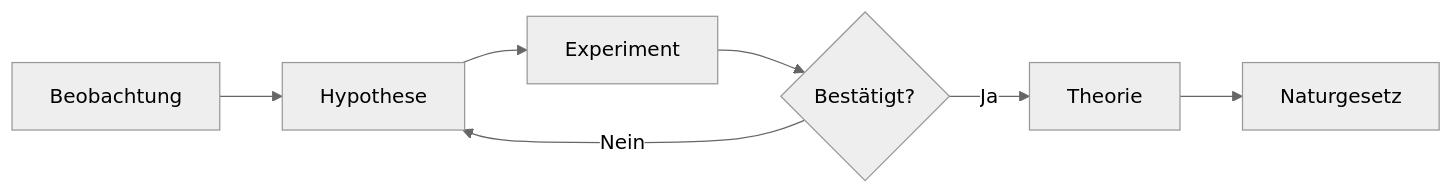
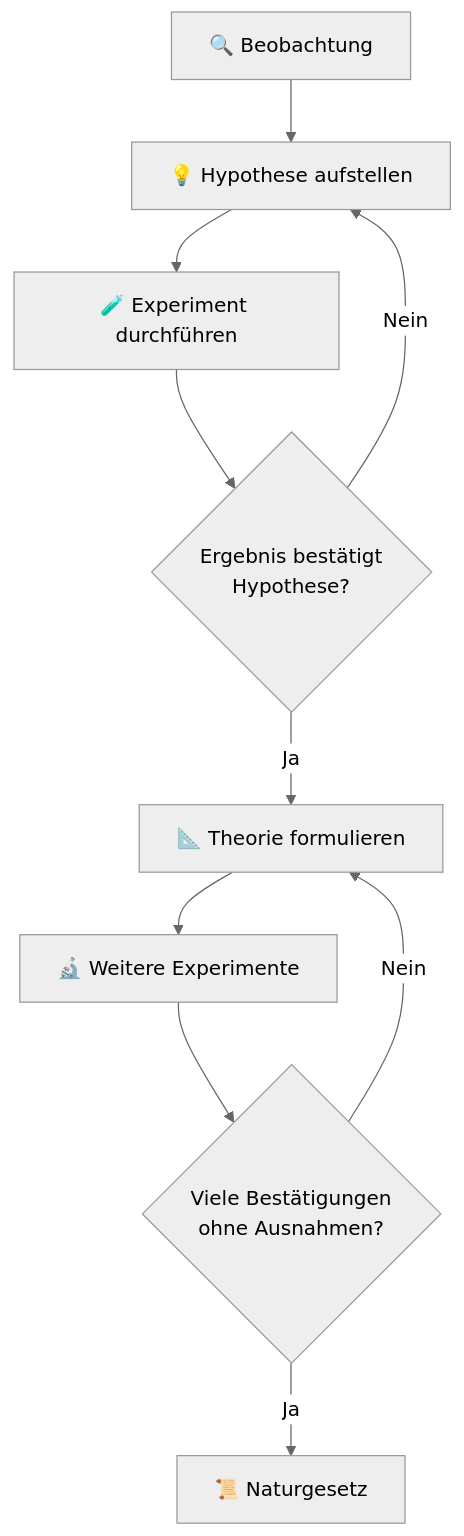
Before and after one commit to rrust/ew-bachelor: the diagram in content/bsc-ernaehrungswissenschaften/02-chemie-grundlagen/01-materie-messen/lecture-items/02-wissenschaftliche-methode.md, drawn with Mermaid (neutral theme). The commit also changed other lines of this file and 154 other files, not shown here.

````diff
--- a/content/bsc-ernaehrungswissenschaften/02-chemie-grundlagen/01-materie-messen/lecture-items/02-wissenschaftliche-methode.md
+++ b/content/bsc-ernaehrungswissenschaften/02-chemie-grundlagen/01-materie-messen/lecture-items/02-wissenschaftliche-methode.md
@@ -13,9 +12,12 @@
 ```mermaid
-graph LR
-    A[Beobachtung] --> B[Hypothese]
-    B --> C[Experiment]
-    C --> D{Bestätigt?}
-    D -->|Ja| E[Theorie]
+flowchart TD
+    A[🔍 Beobachtung] --> B[💡 Hypothese aufstellen]
+    B --> C[🧪 Experiment durchführen]
+    C --> D{Ergebnis bestätigt<br/>Hypothese?}
     D -->|Nein| B
-    E --> F[Naturgesetz]
+    D -->|Ja| E[📐 Theorie formulieren]
+    E --> F[🔬 Weitere Experimente]
+    F --> G{Viele Bestätigungen<br/>ohne Ausnahmen?}
+    G -->|Nein| E
+    G -->|Ja| H[📜 Naturgesetz]
 ```
````
